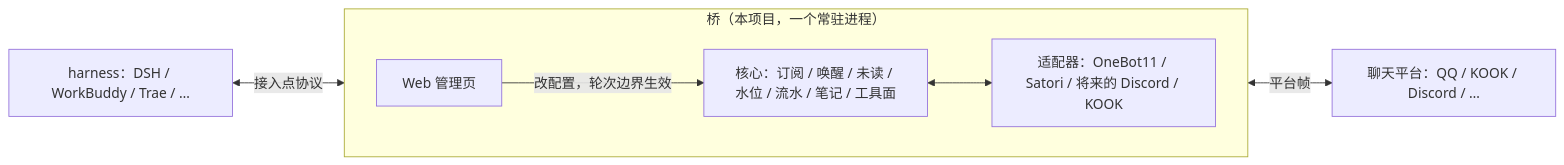
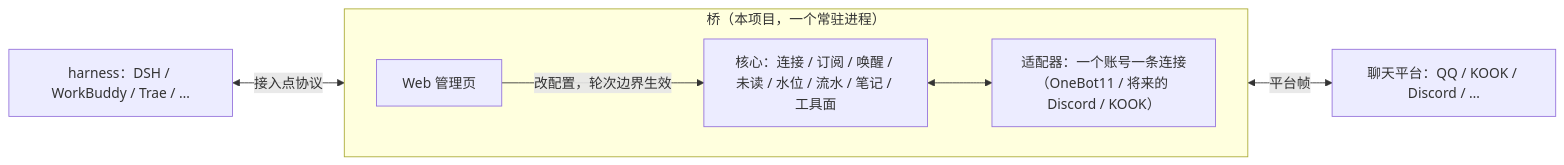
The first of 3 diagrams in docs/03-architecture.md (DataEraserC/qq-bridge), drawn with Mermaid before and after one commit. The commit also changed other lines of this file and 3 other files, not shown here.

First line of the commit message:
docs: 把 ADR-0003 与架构图里的「设备」「平台」align 到连接与记忆

````diff
--- a/docs/03-architecture.md
+++ b/docs/03-architecture.md
@@ -8,10 +8,10 @@
 ```mermaid
 flowchart LR
     H["harness：DSH / WorkBuddy / Trae / …"] <-->|"接入点协议"| K
     subgraph B["桥（本项目，一个常驻进程）"]
         direction LR
-        K["核心：订阅 / 唤醒 / 未读 / 水位 / 流水 / 笔记 / 工具面"] <--> A["适配器：OneBot11 / Satori / 将来的 Discord / KOOK"]
+        K["核心：连接 / 订阅 / 唤醒 / 未读 / 水位 / 流水 / 笔记 / 工具面"] <--> A["适配器：一个账号一条连接（OneBot11 / 将来的 Discord / KOOK）"]
         W["Web 管理页"] -->|"改配置，轮次边界生效"| K
     end
     A <-->|"平台帧"| P["聊天平台：QQ / KOOK / Discord / …"]
 ```
````
